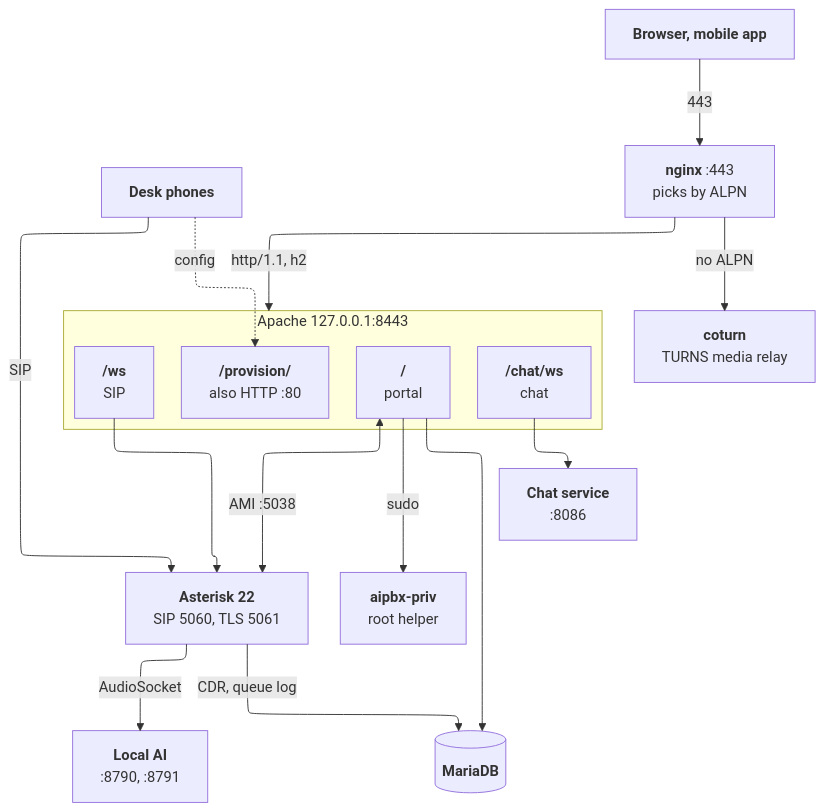
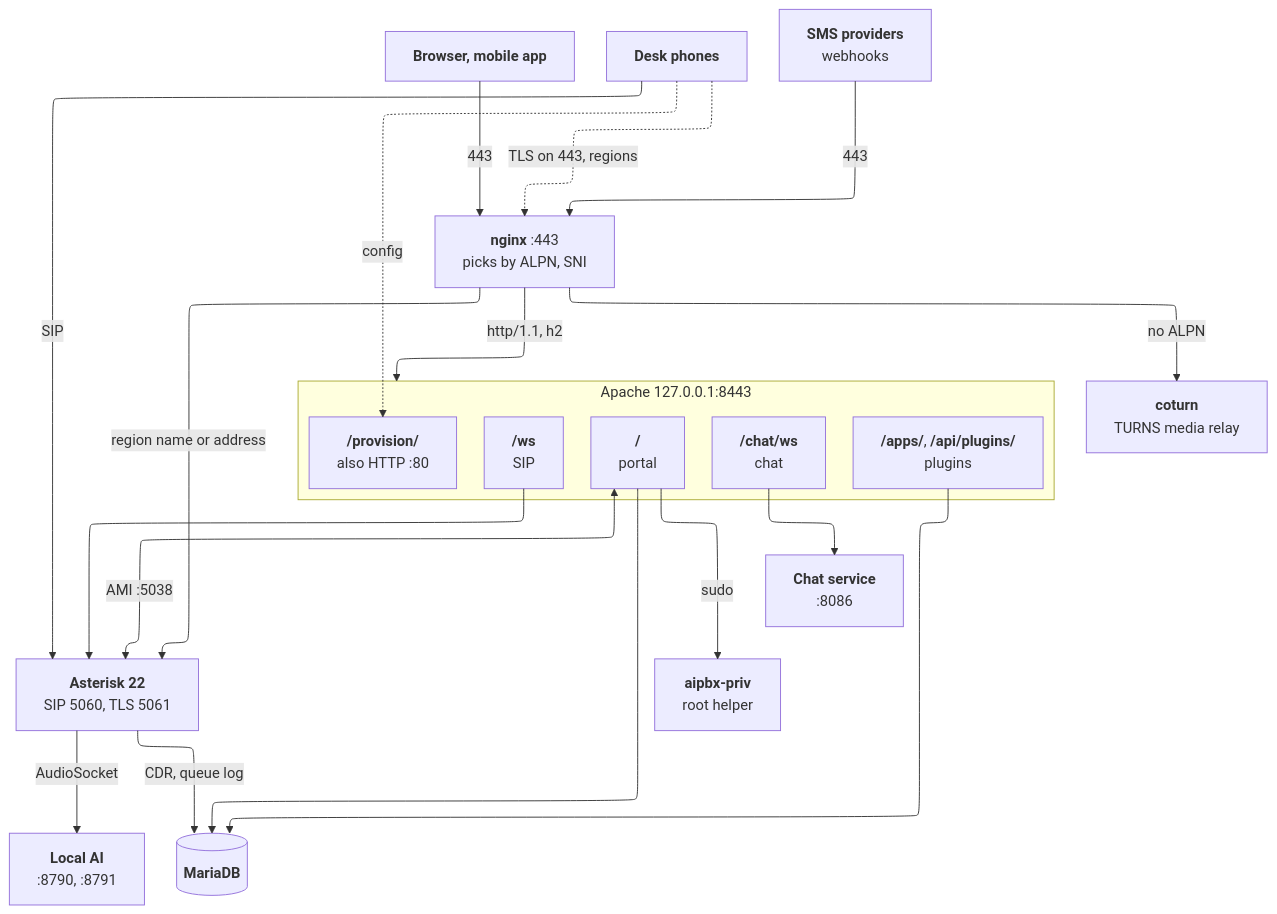
One commit to mahirgul/AiPBX changed the diagram in docs/diagrams/system-map.mmd. Above: the diagram before and after it, drawn with Mermaid. The commit also changed 12 other files, not shown here.

```diff
--- a/docs/diagrams/system-map.mmd
+++ b/docs/diagrams/system-map.mmd
@@ -1,49 +1,57 @@
 ---
 config:
   layout: elk
   elk:
     nodePlacementStrategy: BRANDES_KOEPF
 ---
 flowchart TB
 %% @classes
   browser["`**Browser, mobile app**`"]:::client
   phones["`**Desk phones**`"]:::client
+  providers["`**SMS providers**
+  webhooks`"]:::client
 
   nginx["`**nginx** :443
-  picks by ALPN`"]:::edge
+  picks by ALPN, SNI`"]:::edge
   coturn["`**coturn**
   TURNS media relay`"]:::edge
 
   subgraph apache["`Apache 127.0.0.1:8443`"]
     portal["`**/**
     portal`"]:::svc
     ws["`**/ws**
     SIP`"]:::svc
     chatp["`**/chat/ws**
     chat`"]:::svc
     prov["`**/provision/**
     also HTTP :80`"]:::svc
+    plug["`**/apps/**, **/api/plugins/**
+    plugins`"]:::svc
   end
 
   chat["`**Chat service**
   :8086`"]:::svc
   ast["`**Asterisk 22**
   SIP 5060, TLS 5061`"]:::core
   priv["`**aipbx-priv**
   root helper`"]:::core
   ai["`**Local AI**
   :8790, :8791`"]:::svc
   db[("`**MariaDB**`")]:::db
 
   browser -->|443| nginx
+  providers -->|443| nginx
   nginx -->|"http/1.1, h2"| apache
   nginx -->|no ALPN| coturn
+  nginx -->|"region name or address"| ast
   phones -->|SIP| ast
+  phones -.->|"TLS on 443, regions"| nginx
   phones -.->|config| prov
   ws --> ast
   chatp --> chat
   portal <-->|"AMI :5038"| ast
   portal -->|sudo| priv
   ast -->|AudioSocket| ai
   portal --> db
+  plug --> db
   ast -->|"CDR, queue log"| db
```
